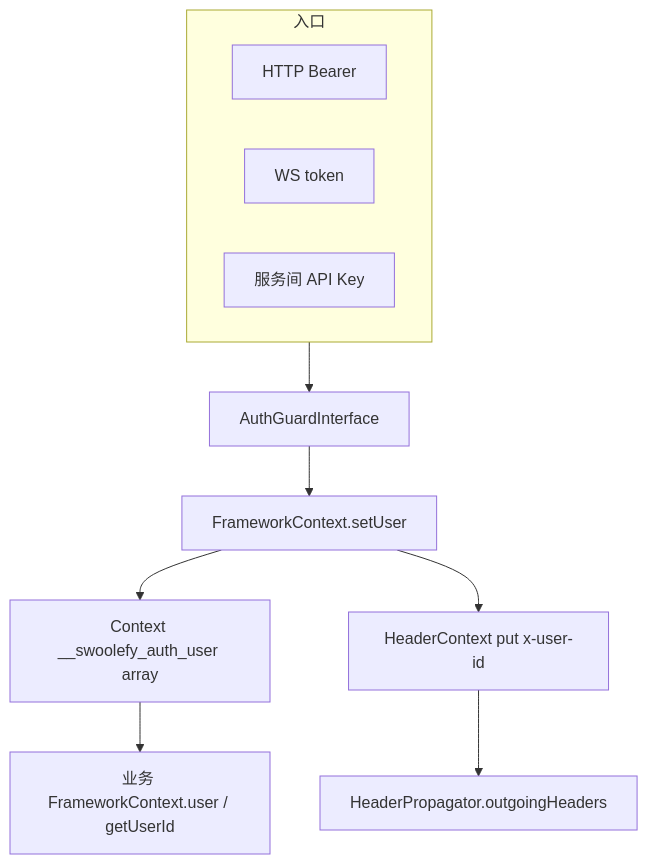
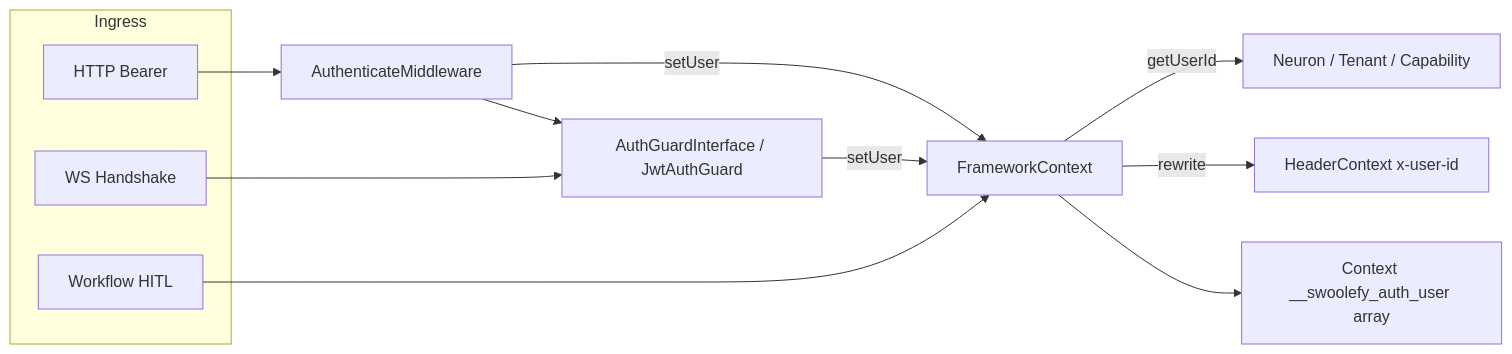
The diagram in docs/Auth.md (bingcool/swoolefy), drawn with Mermaid before and after one commit. The commit also changed other lines of this file and 3 other files, not shown here.

````diff
--- a/docs/Auth.md
+++ b/docs/Auth.md
@@ -120,19 +88,23 @@
 ```mermaid
-flowchart TB
-  subgraph entry [入口]
+flowchart LR
+  subgraph ingress [Ingress]
     HTTP[HTTP Bearer]
-    WS[WS token]
-    Key[服务间 API Key]
+    WS[WS Handshake]
+    HITL[Workflow HITL]
   end
-  Guard[AuthGuardInterface]
-  FC[FrameworkContext.setUser]
+
+  Guard[AuthGuardInterface / JwtAuthGuard]
+  MW[AuthenticateMiddleware]
+  FC[FrameworkContext]
   Snap["Context __swoolefy_auth_user array"]
-  HC[HeaderContext put x-user-id]
-  Biz[业务 FrameworkContext.user / getUserId]
-  SDK[HeaderPropagator.outgoingHeaders]
-  entry --> Guard --> FC
+  HC[HeaderContext x-user-id]
+
+  HTTP --> MW --> Guard
+  WS --> Guard
+  HITL --> FC
+  Guard -->|setUser| FC
+  MW -->|setUser| FC
   FC --> Snap
-  FC --> HC
-  Snap --> Biz
-  HC --> SDK
+  FC -->|rewrite| HC
+  FC -->|getUserId| Neuron[Neuron / Tenant / Capability]
 ```
````
